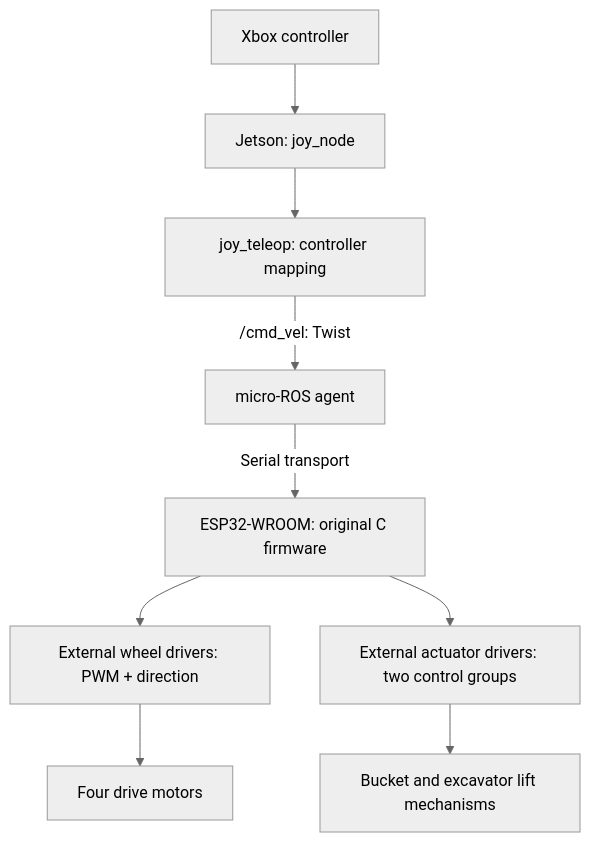
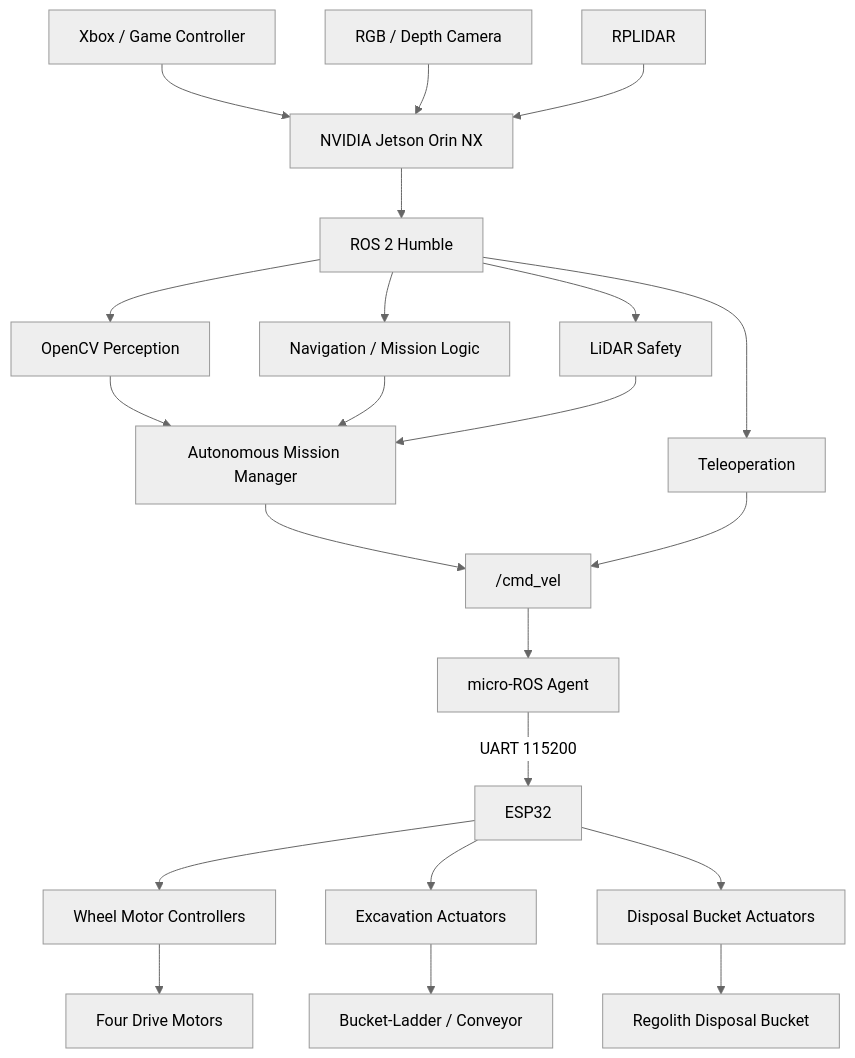
The first of 2 diagrams in README.md (Matthew-Garcia/NASA-Lunabotics-UHCL-Lunar-Hawks), drawn with Mermaid (neutral theme) before and after one commit. The commit also changed other lines of this file, not shown here.

First line of the commit message:
Revise README for lunar excavation rover project

````diff
--- a/README.md
+++ b/README.md
@@ -34,11 +91,34 @@
-~~~mermaid
+```mermaid
 flowchart TD
-    Controller["Xbox controller"] --> Joy["Jetson: joy_node"]
-    Joy --> Teleop["joy_teleop: controller mapping"]
-    Teleop -->|"/cmd_vel: Twist"| Agent["micro-ROS agent"]
-    Agent -->|"Serial transport"| MCU["ESP32-WROOM: original C firmware"]
-    MCU --> Wheels["External wheel drivers: PWM + direction"]
-    MCU --> Actuators["External actuator drivers: two control groups"]
-    Wheels --> Drive["Four drive motors"]
-    Actuators --> Mechanisms["Bucket and excavator lift mechanisms"]
-~~~
+
+    Controller["Xbox / Game Controller"] --> Jetson["NVIDIA Jetson Orin NX"]
+
+    Camera["RGB / Depth Camera"] --> Jetson
+    Lidar["RPLIDAR"] --> Jetson
+
+    Jetson --> ROS["ROS 2 Humble"]
+
+    ROS --> Teleop["Teleoperation"]
+    ROS --> Vision["OpenCV Perception"]
+    ROS --> Navigation["Navigation / Mission Logic"]
+    ROS --> Safety["LiDAR Safety"]
+
+    Vision --> Mission["Autonomous Mission Manager"]
+    Navigation --> Mission
+    Safety --> Mission
+
+    Mission --> CMD["/cmd_vel"]
+    Teleop --> CMD
+
+    CMD --> Agent["micro-ROS Agent"]
+
+    Agent -->|"UART 115200"| ESP32["ESP32"]
+
+    ESP32 --> WheelDrivers["Wheel Motor Controllers"]
+    ESP32 --> Excavator["Excavation Actuators"]
+    ESP32 --> Dump["Disposal Bucket Actuators"]
+
+    WheelDrivers --> Wheels["Four Drive Motors"]
+    Excavator --> Conveyor["Bucket-Ladder / Conveyor"]
+    Dump --> Bucket["Regolith Disposal Bucket"]
+```
````
